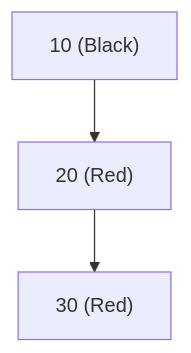
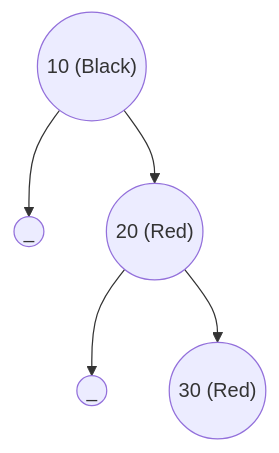
One commit to imdeepmind/imdeepmind.github.io changed diagram 16 of 31 in docs/data-structure-and-algorithms/data-structures/tree/search-tree/self-balancing-bst/red-black.md. Above: the diagram before and after it, drawn with Mermaid. The commit also changed other lines of this file, not shown here.

Commit message:
docs(tree): IMDEEPMIND-32: added docs for red black tree

````diff
--- a/docs/data-structure-and-algorithms/data-structures/tree/search-tree/self-balancing-bst/red-black.md
+++ b/docs/data-structure-and-algorithms/data-structures/tree/search-tree/self-balancing-bst/red-black.md
@@ -383,6 +385,8 @@
 ```mermaid
 graph TD
-    G["10 (Black)"]
-    G --> P["20 (Red)"]
-    P --> N["30 (Red)"]
+    G(("10 (Black)"))
+    G --> A(("_"))
+    G --> P(("20 (Red)"))
+    P --> B(("_"))
+    P --> N(("30 (Red)"))
 ```
````
